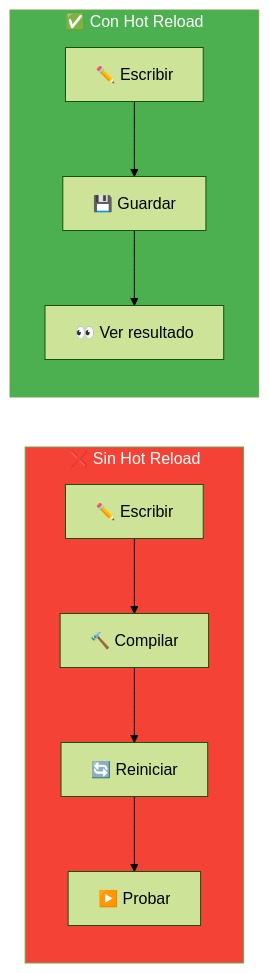
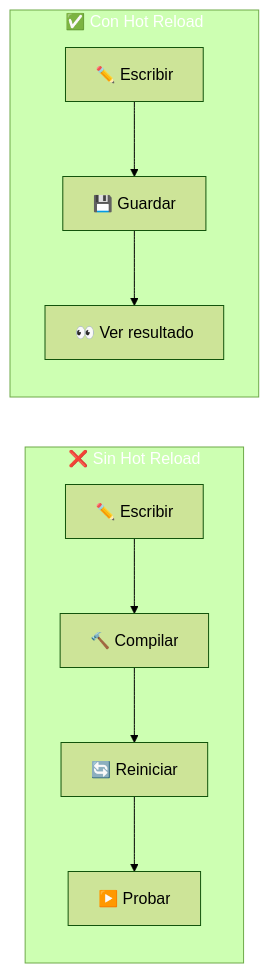
Before and after one commit to joseluisgs/DesarrolloWebEntornosServidor-02-2026-2027: the seventh of 7 diagrams in 01-conceptos-servicios.md, drawn with Mermaid (forest theme). The commit also changed other lines of this file and 41 other files, not shown here.

````diff
--- a/01-conceptos-servicios.md
+++ b/01-conceptos-servicios.md
@@ -405,14 +405,14 @@
 ```mermaid
 flowchart LR
     subgraph SIN["❌ Sin Hot Reload"]
         A1["✏️ Escribir"] --> A2["🔨 Compilar"]
         A2 --> A3["🔄 Reiniciar"]
         A3 --> A4["▶️ Probar"]
     end
     subgraph CON["✅ Con Hot Reload"]
         B1["✏️ Escribir"] --> B2["💾 Guardar"]
         B2 --> B3["👀 Ver resultado"]
     end
-    style SIN fill:#f44336,color:#fff
-    style CON fill:#4CAF50,color:#fff
+    style SIN fill:#f4433,color:#fff6,color:#fff
+    style CON fill:#4CAF5,color:#fff0,color:#fff
 ```
````
